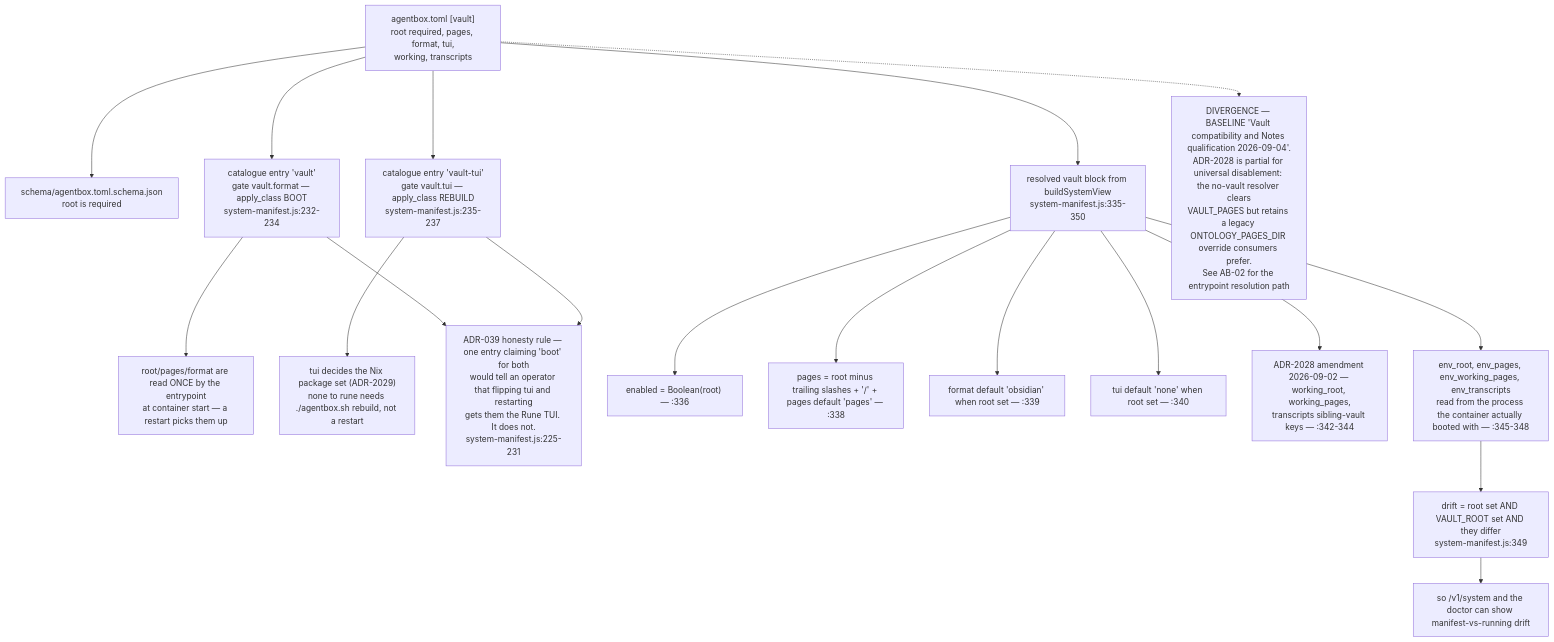
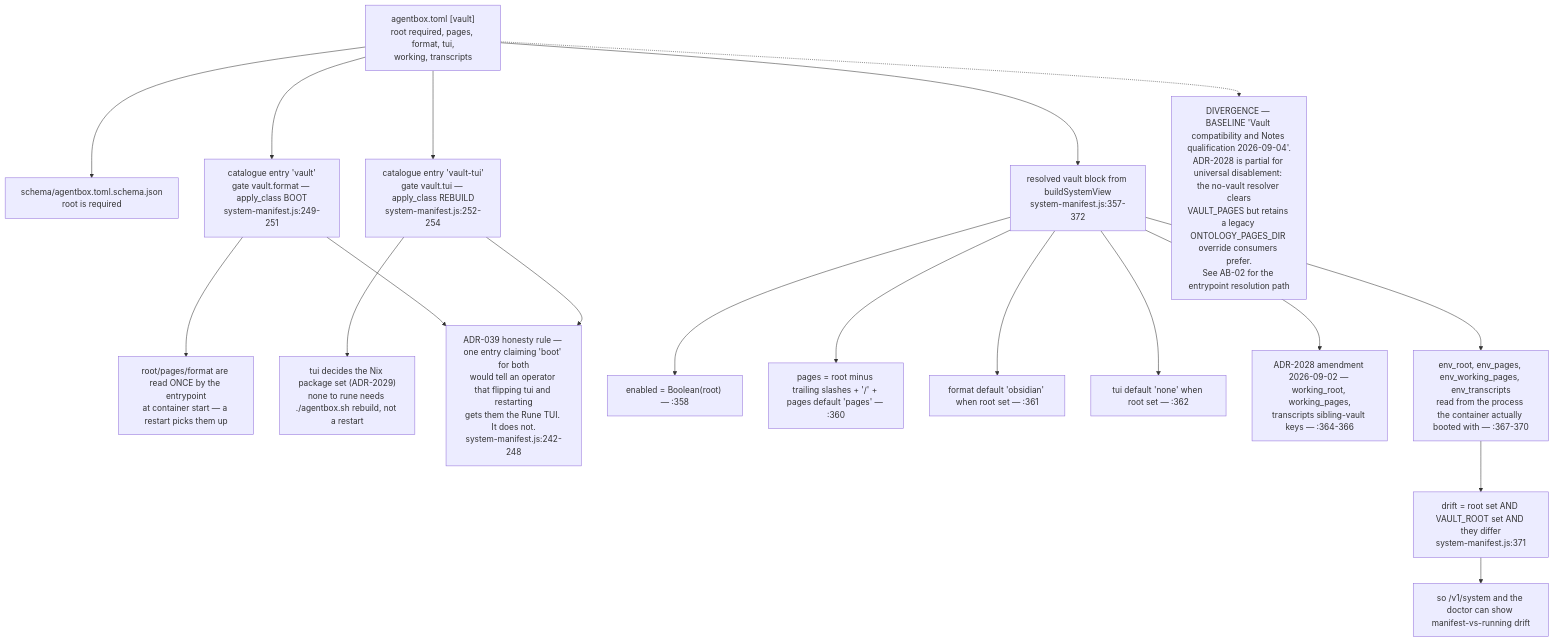
The fourth of 13 diagrams in docs/diagrams/agentbox/05-manifest-gates-and-cli.md (DreamLab-AI/VisionFlow), drawn with Mermaid before and after one commit. The commit also changed other lines of this file and 28 other files, not shown here.

````diff
--- a/docs/diagrams/agentbox/05-manifest-gates-and-cli.md
+++ b/docs/diagrams/agentbox/05-manifest-gates-and-cli.md
@@ -113,20 +114,20 @@
 ```mermaid
 flowchart TD
     TOML["agentbox.toml [vault]<br/>root required, pages, format, tui,<br/>working, transcripts"] --> SCHEMA["schema/agentbox.toml.schema.json<br/>root is required"]
-    TOML --> E1["catalogue entry 'vault'<br/>gate vault.format — apply_class BOOT<br/>system-manifest.js:232-234"]
-    TOML --> E2["catalogue entry 'vault-tui'<br/>gate vault.tui — apply_class REBUILD<br/>system-manifest.js:235-237"]
+    TOML --> E1["catalogue entry 'vault'<br/>gate vault.format — apply_class BOOT<br/>system-manifest.js:249-251"]
+    TOML --> E2["catalogue entry 'vault-tui'<br/>gate vault.tui — apply_class REBUILD<br/>system-manifest.js:252-254"]
     E1 --> WHY1["root/pages/format are read ONCE by the entrypoint<br/>at container start — a restart picks them up"]
     E2 --> WHY2["tui decides the Nix package set (ADR-2029)<br/>none to rune needs ./agentbox.sh rebuild, not a restart"]
-    E1 --> SPLIT["ADR-039 honesty rule — one entry claiming 'boot' for both<br/>would tell an operator that flipping tui and restarting<br/>gets them the Rune TUI. It does not.<br/>system-manifest.js:225-231"]
+    E1 --> SPLIT["ADR-039 honesty rule — one entry claiming 'boot' for both<br/>would tell an operator that flipping tui and restarting<br/>gets them the Rune TUI. It does not.<br/>system-manifest.js:242-248"]
     E2 --> SPLIT
-    TOML --> VB["resolved vault block from buildSystemView<br/>system-manifest.js:335-350"]
-    VB --> VB1["enabled = Boolean(root) — :336"]
-    VB --> VB2["pages = root minus trailing slashes + '/' + pages default 'pages' — :338"]
-    VB --> VB3["format default 'obsidian' when root set — :339"]
-    VB --> VB4["tui default 'none' when root set — :340"]
-    VB --> VB5["ADR-2028 amendment 2026-09-02 — working_root, working_pages,<br/>transcripts sibling-vault keys — :342-344"]
-    VB --> VB6["env_root, env_pages, env_working_pages, env_transcripts<br/>read from the process the container actually booted with — :345-348"]
-    VB6 --> DRIFT["drift = root set AND VAULT_ROOT set AND they differ<br/>system-manifest.js:349"]
+    TOML --> VB["resolved vault block from buildSystemView<br/>system-manifest.js:357-372"]
+    VB --> VB1["enabled = Boolean(root) — :358"]
+    VB --> VB2["pages = root minus trailing slashes + '/' + pages default 'pages' — :360"]
+    VB --> VB3["format default 'obsidian' when root set — :361"]
+    VB --> VB4["tui default 'none' when root set — :362"]
+    VB --> VB5["ADR-2028 amendment 2026-09-02 — working_root, working_pages,<br/>transcripts sibling-vault keys — :364-366"]
+    VB --> VB6["env_root, env_pages, env_working_pages, env_transcripts<br/>read from the process the container actually booted with — :367-370"]
+    VB6 --> DRIFT["drift = root set AND VAULT_ROOT set AND they differ<br/>system-manifest.js:371"]
     DRIFT --> DOC["so /v1/system and the doctor can show manifest-vs-running drift"]
     TOML -.-> DIV["DIVERGENCE — BASELINE 'Vault compatibility and Notes qualification 2026-09-04'.<br/>ADR-2028 is partial for universal disablement: the no-vault resolver clears<br/>VAULT_PAGES but retains a legacy ONTOLOGY_PAGES_DIR override consumers prefer.<br/>See AB-02 for the entrypoint resolution path"]
 ```
````
